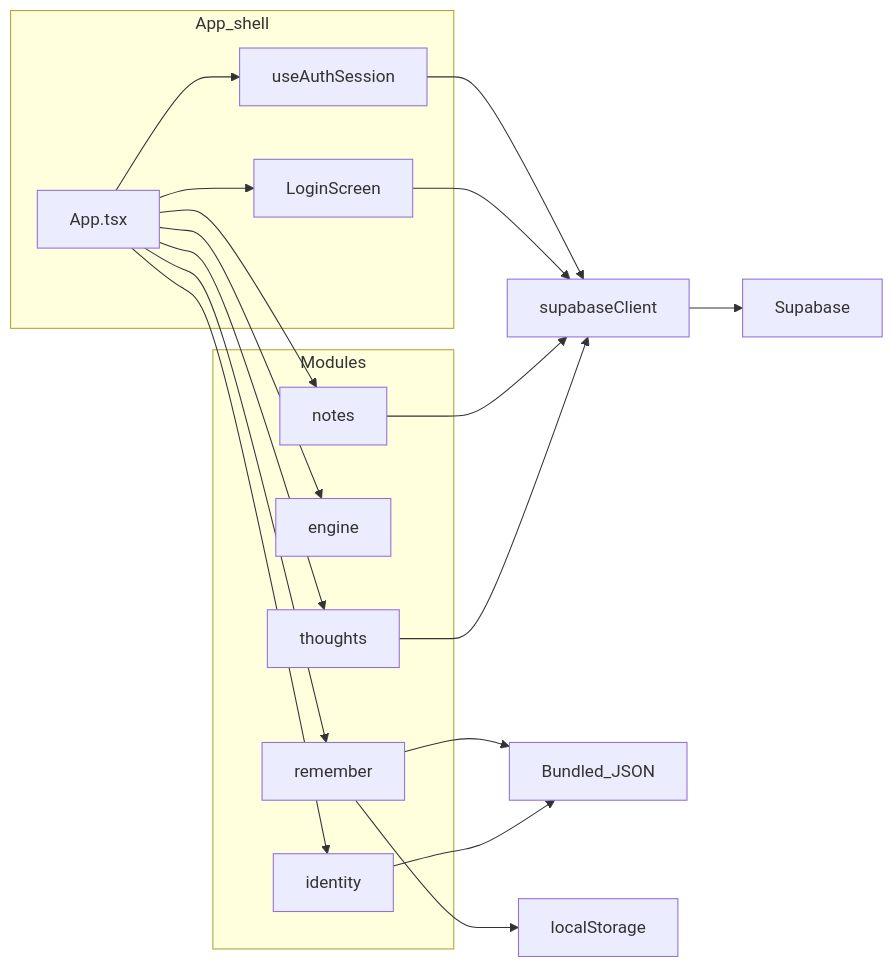
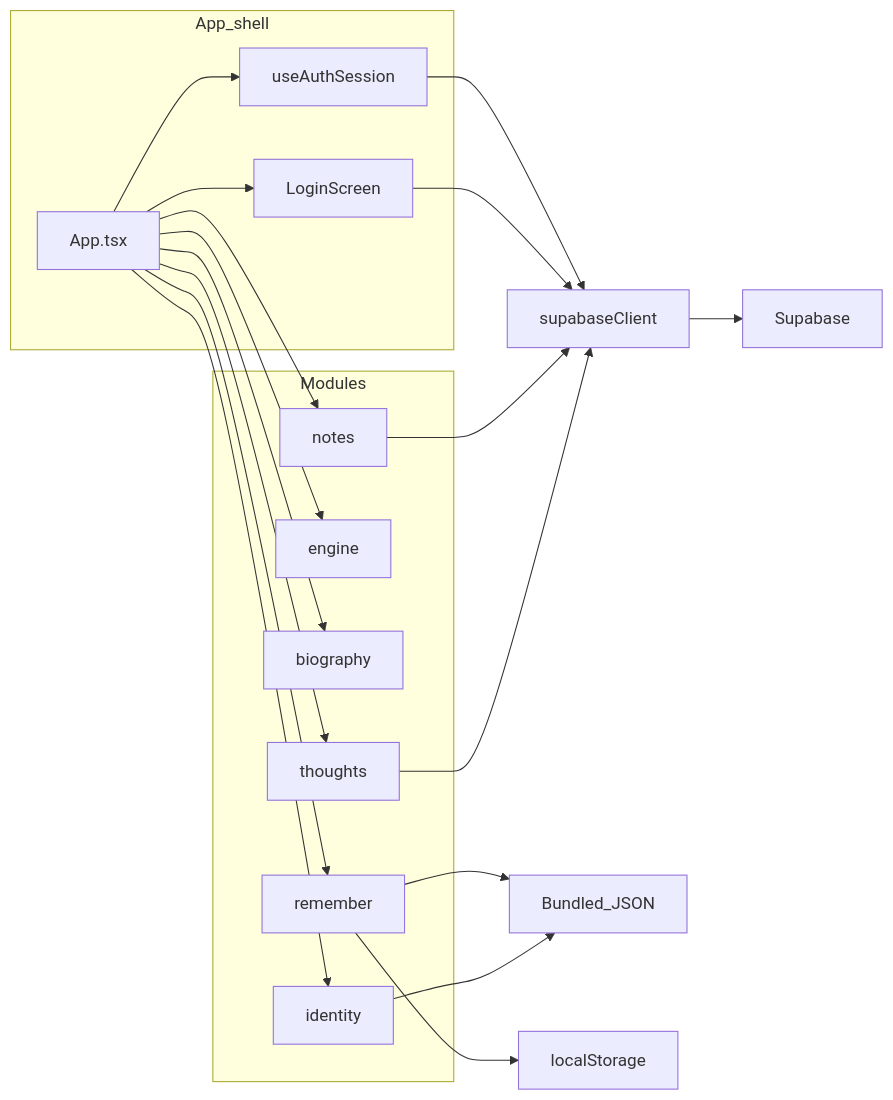
One commit to akgupta2002D/secondbrain2_0 changed the second of 10 diagrams in docs/ARCHITECTURE.md. Above: the diagram before and after it, drawn with Mermaid. The commit also changed other lines of this file and 19 other files, not shown here.

````diff
--- a/docs/ARCHITECTURE.md
+++ b/docs/ARCHITECTURE.md
@@ -33,37 +33,39 @@
 ```mermaid
 flowchart LR
   subgraph shell [App_shell]
     app[App.tsx]
     authHook[useAuthSession]
     login[LoginScreen]
   end
 
   subgraph mods [Modules]
     notes[notes]
     engine[engine]
+    biography[biography]
     thoughts[thoughts]
     remember[remember]
     identity[identity]
   end
 
   client[supabaseClient]
   sb[Supabase]
   json[Bundled_JSON]
   ls[localStorage]
 
   app --> authHook
   app --> login
   app --> notes
   app --> engine
+  app --> biography
   app --> thoughts
   app --> remember
   app --> identity
   authHook --> client
   login --> client
   notes --> client
   thoughts --> client
   client --> sb
   remember --> json
   remember --> ls
   identity --> json
 ```
````
